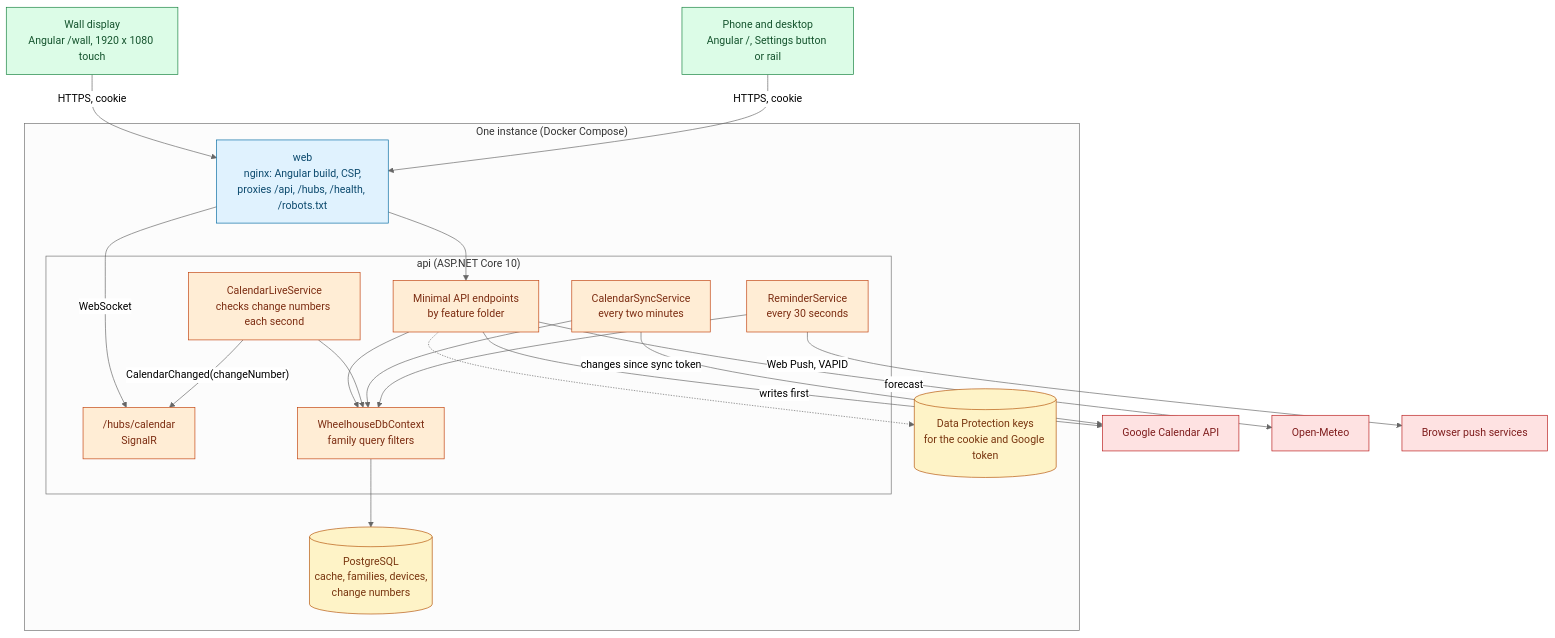
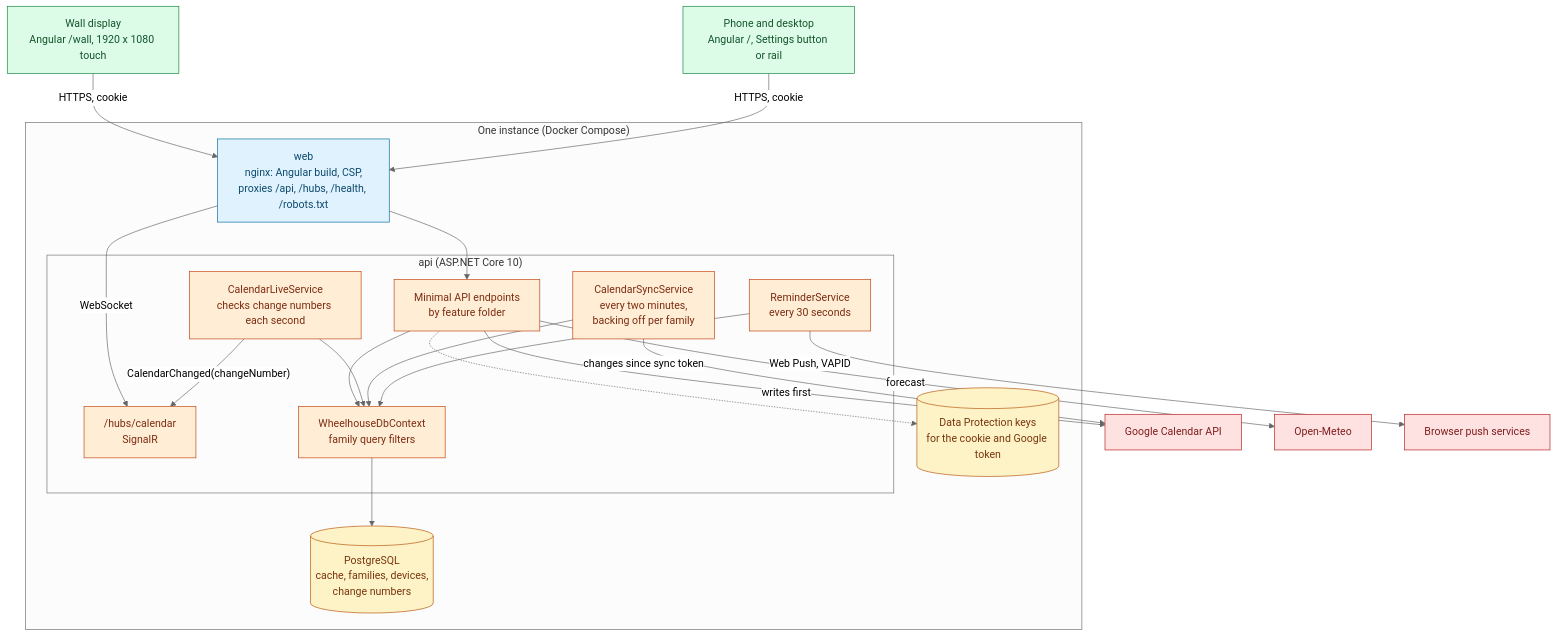
Before and after one commit to natezimm/wheelhouse: the second of 4 diagrams in docs/architecture.md, drawn with Mermaid (neutral theme). The commit also changed 13 other files, not shown here.

````diff
--- a/docs/architecture.md
+++ b/docs/architecture.md
@@ -45,49 +45,49 @@
 ```mermaid
 flowchart TB
   Wall["Wall display<br/>Angular /wall, 1920 x 1080 touch"]
   Phone["Phone and desktop<br/>Angular /, Settings button or rail"]
 
   subgraph Instance["One instance (Docker Compose)"]
     Web["web<br/>nginx: Angular build, CSP,<br/>proxies /api, /hubs, /health, /robots.txt"]
     subgraph Api["api (ASP.NET Core 10)"]
       Endpoints["Minimal API endpoints<br/>by feature folder"]
       Hub["/hubs/calendar<br/>SignalR"]
       Live["CalendarLiveService<br/>checks change numbers each second"]
-      Sync["CalendarSyncService<br/>every two minutes"]
+      Sync["CalendarSyncService<br/>every two minutes,<br/>backing off per family"]
       Remind["ReminderService<br/>every 30 seconds"]
       Ctx["WheelhouseDbContext<br/>family query filters"]
     end
     Db[("PostgreSQL<br/>cache, families, devices,<br/>change numbers")]
     Keys[("Data Protection keys<br/>for the cookie and Google token")]
   end
 
   Google["Google Calendar API"]
   Meteo["Open-Meteo"]
   Push["Browser push services"]
 
   Wall & Phone -->|"HTTPS, cookie"| Web
   Web --> Endpoints
   Web -->|"WebSocket"| Hub
   Endpoints --> Ctx
   Live --> Ctx
   Sync --> Ctx
   Remind --> Ctx
   Remind -->|"Web Push, VAPID"| Push
   Ctx --> Db
   Live -->|"CalendarChanged(changeNumber)"| Hub
   Endpoints -->|"writes first"| Google
   Sync -->|"changes since sync token"| Google
   Endpoints -->|"forecast"| Meteo
   Endpoints -.-> Keys
 
   classDef client fill:#dcfce7,stroke:#15803d,color:#14532d
   classDef site fill:#e0f2fe,stroke:#0369a1,color:#0c4a6e
   classDef server fill:#ffedd5,stroke:#c2410c,color:#7c2d12
   classDef data fill:#fef3c7,stroke:#b45309,color:#78350f
   classDef external fill:#fee2e2,stroke:#b91c1c,color:#7f1d1d
   class Wall,Phone client
   class Web site
   class Endpoints,Hub,Live,Sync,Remind,Ctx server
   class Db,Keys data
   class Google,Meteo,Push external
 ```
````
